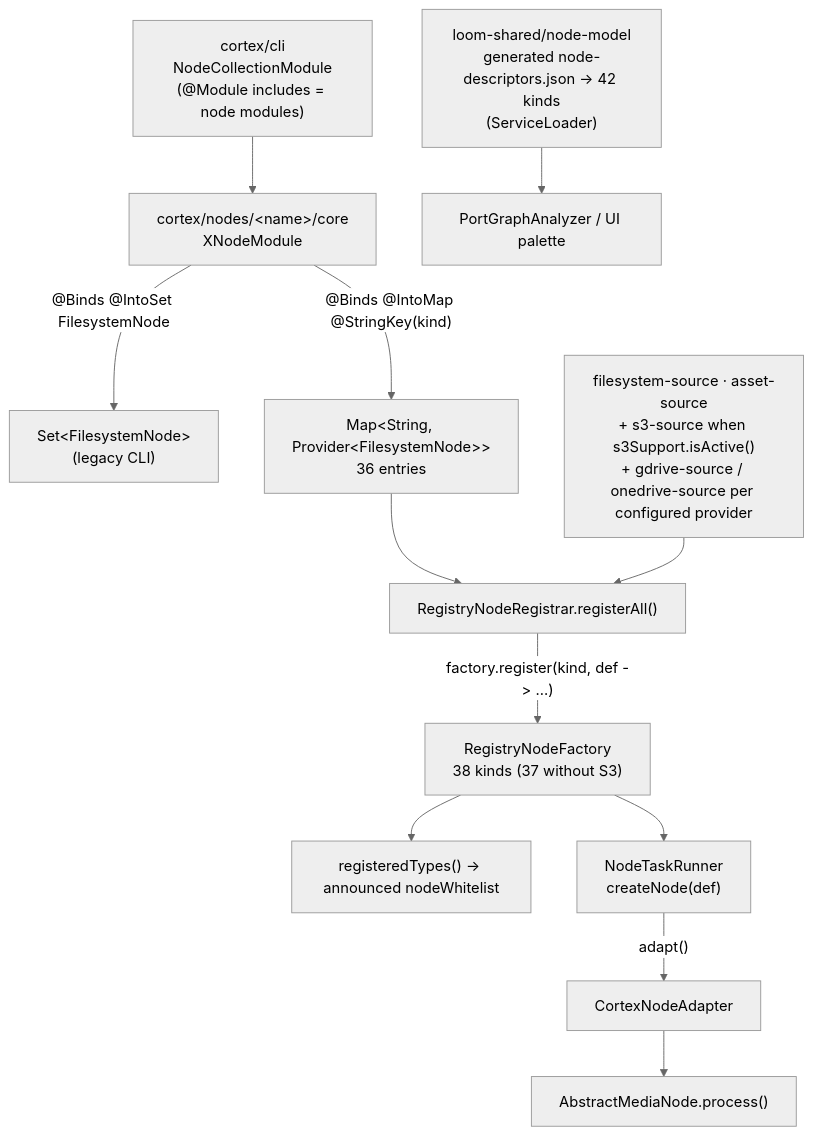
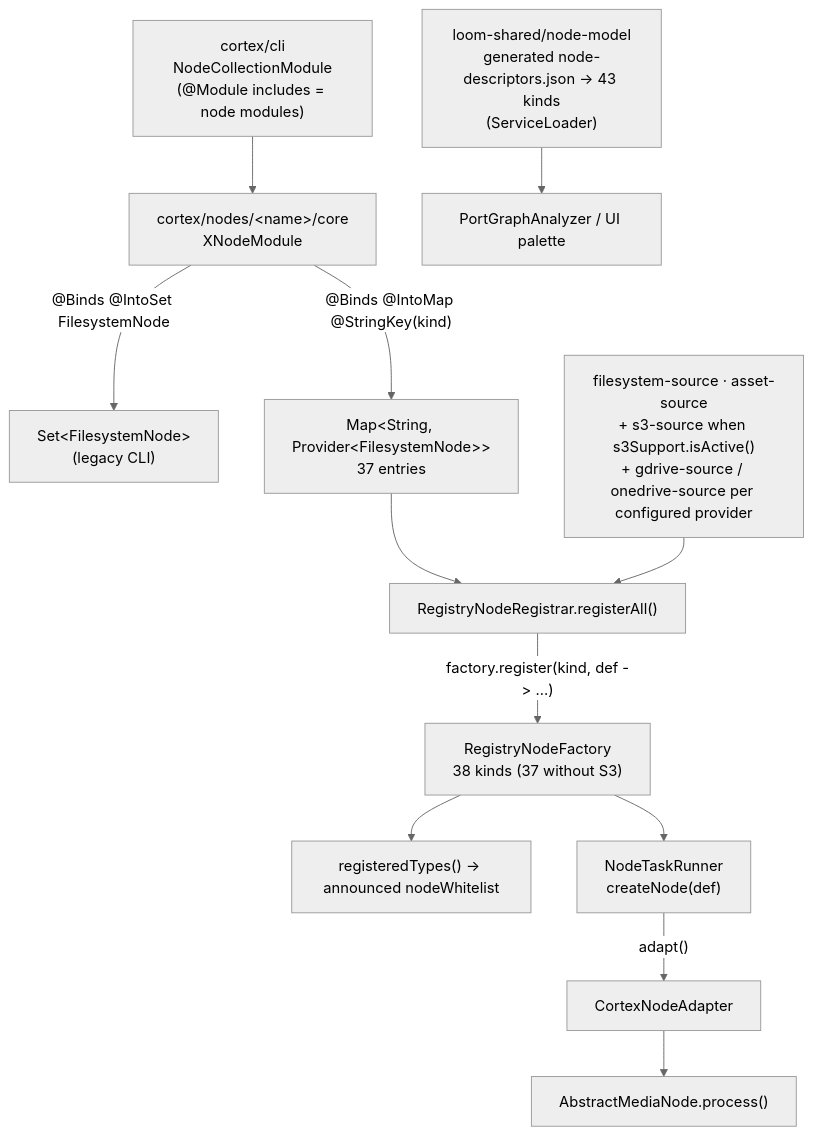
One commit to metaloom/metaloom changed the diagram in spec/features/nodes/NODES.md. Above: the diagram before and after it, drawn with Mermaid (neutral theme). The commit also changed other lines of this file and 71 other files, not shown here.

````diff
--- a/spec/features/nodes/NODES.md
+++ b/spec/features/nodes/NODES.md
@@ -401,15 +407,15 @@
 ```mermaid
 flowchart TD
   M["cortex/nodes/&lt;name&gt;/core<br/>XNodeModule"]
   M -->|"@Binds @IntoSet FilesystemNode"| S["Set&lt;FilesystemNode&gt;<br/>(legacy CLI)"]
-  M -->|"@Binds @IntoMap @StringKey(kind)"| K["Map&lt;String, Provider&lt;FilesystemNode&gt;&gt;<br/>36 entries"]
+  M -->|"@Binds @IntoMap @StringKey(kind)"| K["Map&lt;String, Provider&lt;FilesystemNode&gt;&gt;<br/>37 entries"]
   NC["cortex/cli<br/>NodeCollectionModule<br/>(@Module includes = node modules)"] --> M
   K --> R["RegistryNodeRegistrar.registerAll()"]
   SRC["filesystem-source · asset-source<br/>+ s3-source when s3Support.isActive()<br/>+ gdrive-source / onedrive-source per configured provider"] --> R
   R -->|"factory.register(kind, def -&gt; ...)"| F["RegistryNodeFactory<br/>38 kinds (37 without S3)"]
   F --> W["registeredTypes() → announced nodeWhitelist"]
   F --> NT["NodeTaskRunner<br/>createNode(def)"]
   NT -->|"adapt()"| A["CortexNodeAdapter"]
   A --> P["AbstractMediaNode.process()"]
-  D["loom-shared/node-model<br/>generated node-descriptors.json → 42 kinds<br/>(ServiceLoader)"] --> V["PortGraphAnalyzer / UI palette"]
+  D["loom-shared/node-model<br/>generated node-descriptors.json → 43 kinds<br/>(ServiceLoader)"] --> V["PortGraphAnalyzer / UI palette"]
 ```
````
